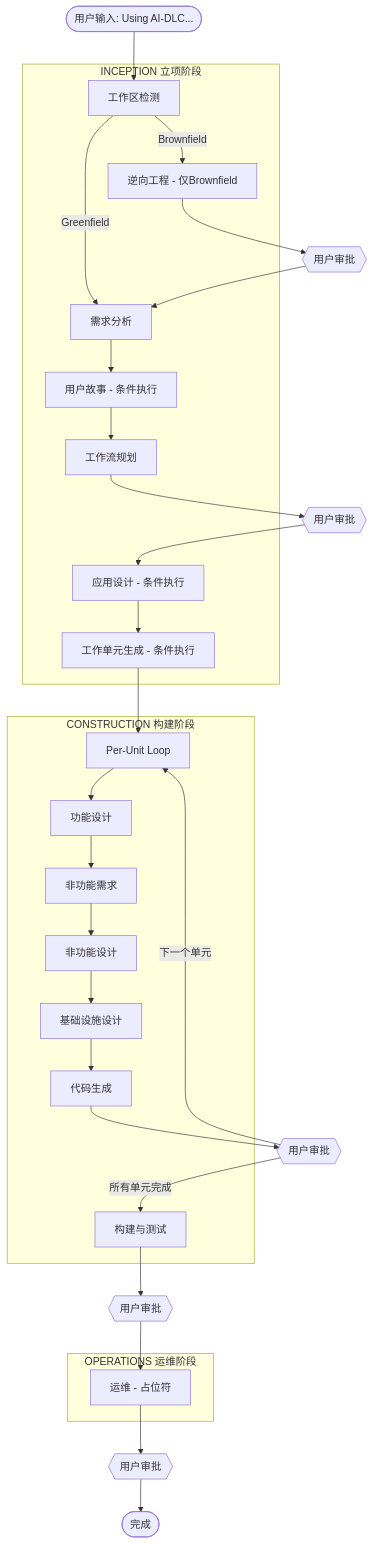
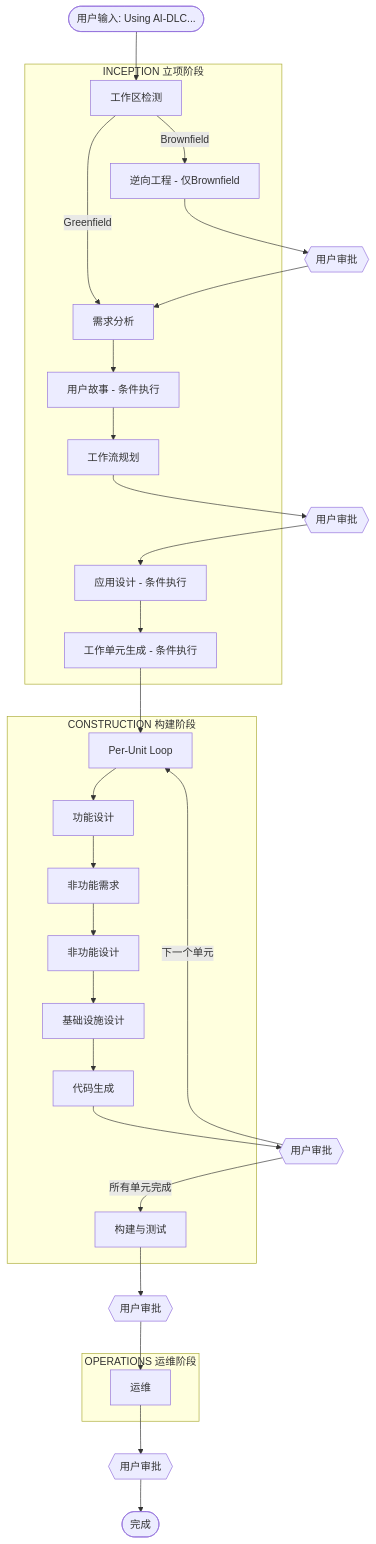
Before and after one commit to wang383/kube-sched-ai: the diagram in aidlc-kiro-cli-guide.md, drawn with Mermaid. The commit also changed 1 other file, not shown here.

Commit message:
Remove placeholder label from operations node

````diff
--- a/aidlc-kiro-cli-guide.md
+++ b/aidlc-kiro-cli-guide.md
@@ -11,58 +11,58 @@
 ```mermaid
 flowchart TD
     START(["用户输入: Using AI-DLC..."])
     START --> WD
 
     subgraph INCEPTION["INCEPTION 立项阶段"]
         WD["工作区检测"]
         RE["逆向工程 - 仅Brownfield"]
         RA["需求分析"]
         US["用户故事 - 条件执行"]
         WP["工作流规划"]
         AD["应用设计 - 条件执行"]
         UG["工作单元生成 - 条件执行"]
     end
 
     subgraph CONSTRUCTION["CONSTRUCTION 构建阶段"]
         UNIT_LOOP["Per-Unit Loop"]
         FD["功能设计"]
         NFR_REQ["非功能需求"]
         NFR_DESIGN["非功能设计"]
         INFRA["基础设施设计"]
         CG["代码生成"]
         BT["构建与测试"]
     end
 
     subgraph OPERATIONS["OPERATIONS 运维阶段"]
-        OPS["运维 - 占位符"]
+        OPS["运维"]
     end
 
     APPROVE1{{"用户审批"}}
     APPROVE2{{"用户审批"}}
     APPROVE3{{"用户审批"}}
     APPROVE4{{"用户审批"}}
     APPROVE5{{"用户审批"}}
 
     WD --> |Brownfield| RE
     WD --> |Greenfield| RA
     RE --> APPROVE1
     APPROVE1 --> RA
     RA --> US
     US --> WP
     WP --> APPROVE2
     APPROVE2 --> AD
     AD --> UG
     UG --> UNIT_LOOP
     UNIT_LOOP --> FD
     FD --> NFR_REQ
     NFR_REQ --> NFR_DESIGN
     NFR_DESIGN --> INFRA
     INFRA --> CG
     CG --> APPROVE3
     APPROVE3 --> |"下一个单元"| UNIT_LOOP
     APPROVE3 --> |"所有单元完成"| BT
     BT --> APPROVE4
     APPROVE4 --> OPS
     OPS --> APPROVE5
     APPROVE5 --> END(["完成"])
 ```
````
